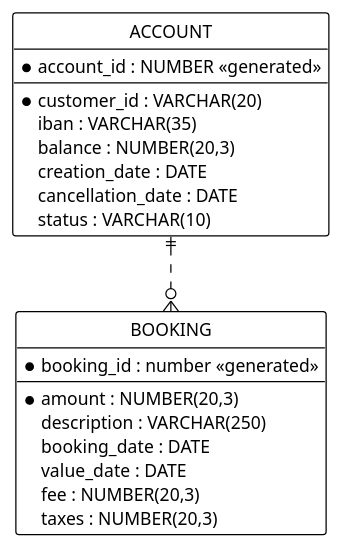
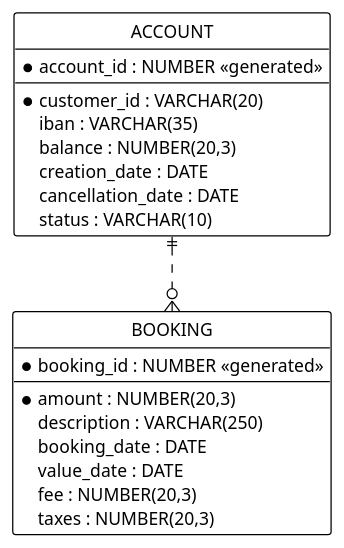
One commit to scalvetr/costomer-single-view changed the diagram in doc/data-definition-core-banking.puml. Above: the diagram before and after it, drawn with PlantUML. The commit also changed 5 other files, not shown here.

```diff
--- a/doc/data-definition-core-banking.puml
+++ b/doc/data-definition-core-banking.puml
@@ -1,41 +1,41 @@
 @startuml
 
 ' hide the spot
 hide circle
 
 ' avoid problems with angled crows feet
 skinparam linetype ortho
 
 <style>
 classDiagram {
   BackGroundColor white
   LineThickness 1
   LineColor black
 }
 </style>
 
 entity "ACCOUNT" as account {
 * account_id : NUMBER <<generated>>
 ---
 * customer_id : VARCHAR(20)
 iban : VARCHAR(35)
 balance : NUMBER(20,3)
 creation_date : DATE
 cancellation_date : DATE
 status : VARCHAR(10)
 }
 
 entity "BOOKING" as booking {
-* booking_id : number <<generated>>
+* booking_id : NUMBER <<generated>>
 ---
 * amount : NUMBER(20,3)
 description : VARCHAR(250)
 booking_date : DATE
 value_date : DATE
 fee : NUMBER(20,3)
 taxes : NUMBER(20,3)
 }
 
 account ||..o{ booking
 
 @enduml
```
